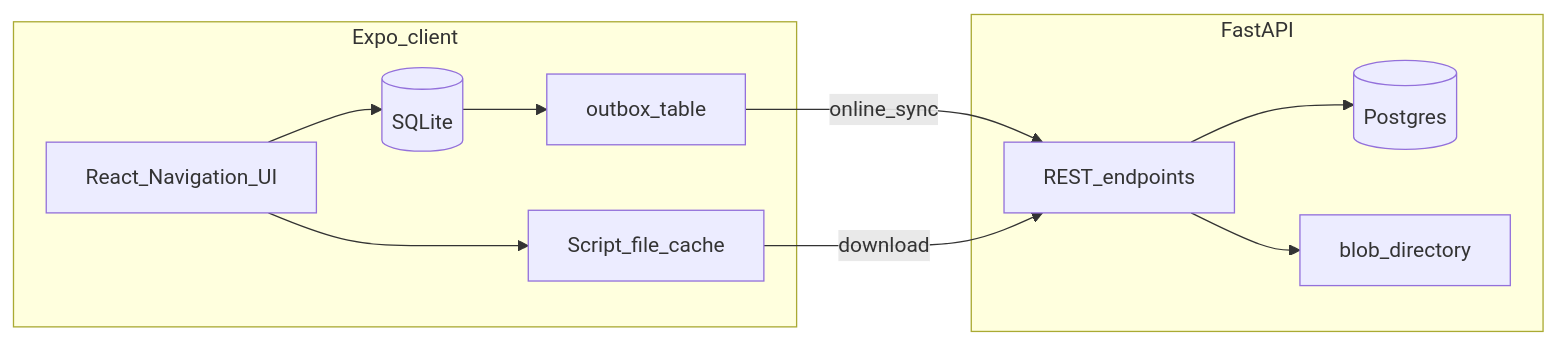
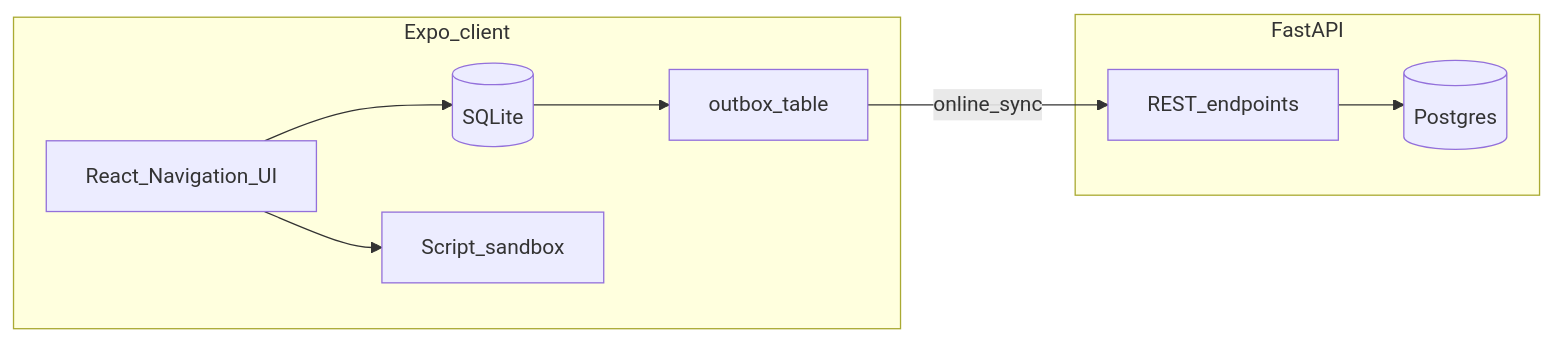
Before and after one commit to PrasadThatipudi/assistant-director: the diagram in README.md, drawn with Mermaid. The commit also changed other lines of this file and 23 other files, not shown here.

````diff
--- a/README.md
+++ b/README.md
@@ -138,21 +138,18 @@
 ```mermaid
 flowchart LR
   subgraph mobile [Expo_client]
     UI[React_Navigation_UI]
     LDB[(SQLite)]
     OB[outbox_table]
-    FS[Script_file_cache]
+    FS[Script_sandbox]
   end
   subgraph server [FastAPI]
     API[REST_endpoints]
     PG[(Postgres)]
-    BLOB[blob_directory]
   end
   UI --> LDB
   UI --> FS
   LDB --> OB
   OB -->|"online_sync"| API
   API --> PG
-  API --> BLOB
-  FS -->|"download"| API
 ```
````
